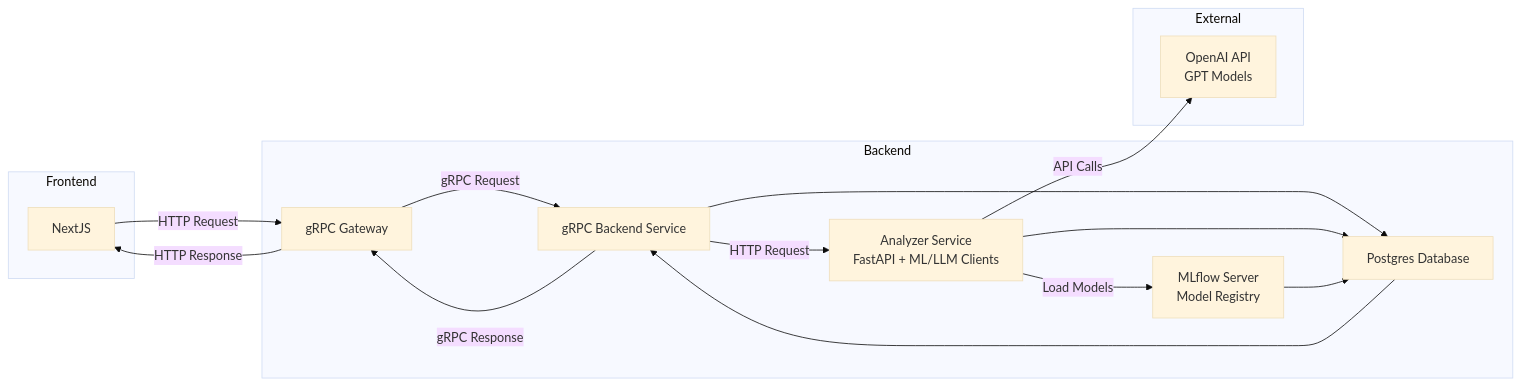
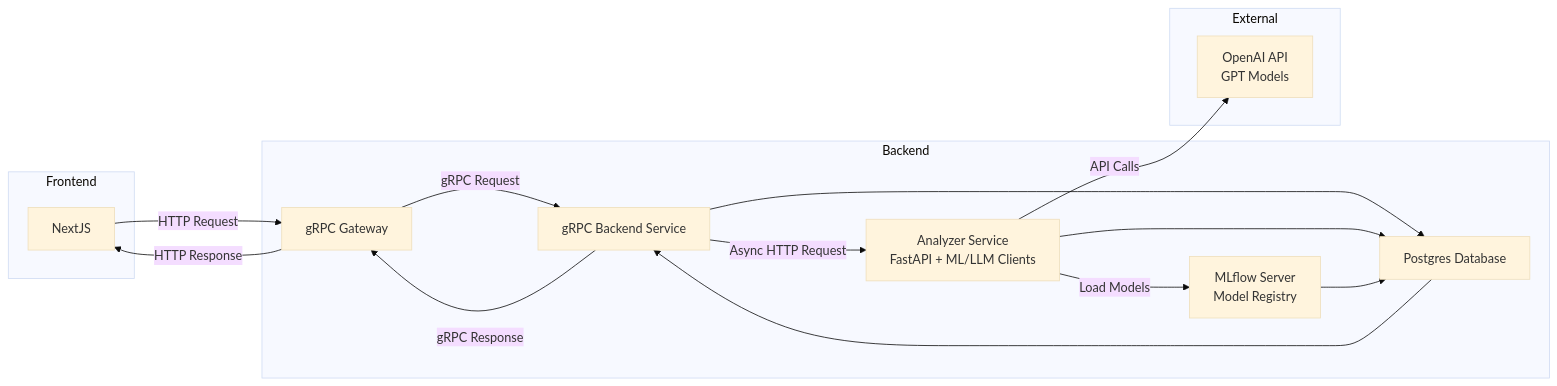
Before and after one commit to jyablonski/lotus: the diagram in README.md, drawn with Mermaid (base theme). The commit also changed other lines of this file and 41 other files, not shown here.

````diff
--- a/README.md
+++ b/README.md
@@ -24,31 +38,31 @@
 ```mermaid
 graph LR
     A[NextJS] -->|HTTP Request| B[Go gRPC Gateway]
     B -->|gRPC Request| C[gRPC Backend Service]
     C --> D[Postgres Database]
     D --> C
     C -->|gRPC Response| B
     B -->|HTTP Response| A
 
-    C -->|HTTP Request| E[Analyzer Service]
+    C -->|Async HTTP Request| E[Analyzer Service]
     E -->|Load Models| F[MLflow Server]
     E --> D
     F --> D
     E -->|API Calls| G[OpenAI API]
 
     subgraph Backend
         B[gRPC Gateway]
         C[gRPC Backend Service]
         D[Postgres Database]
         E[Analyzer Service<br/>FastAPI + ML/LLM Clients]
         F[MLflow Server<br/>Model Registry]
     end
 
     subgraph Frontend
         A
     end
 
     subgraph External
         G[OpenAI API<br/>GPT Models]
     end
 ```
````
